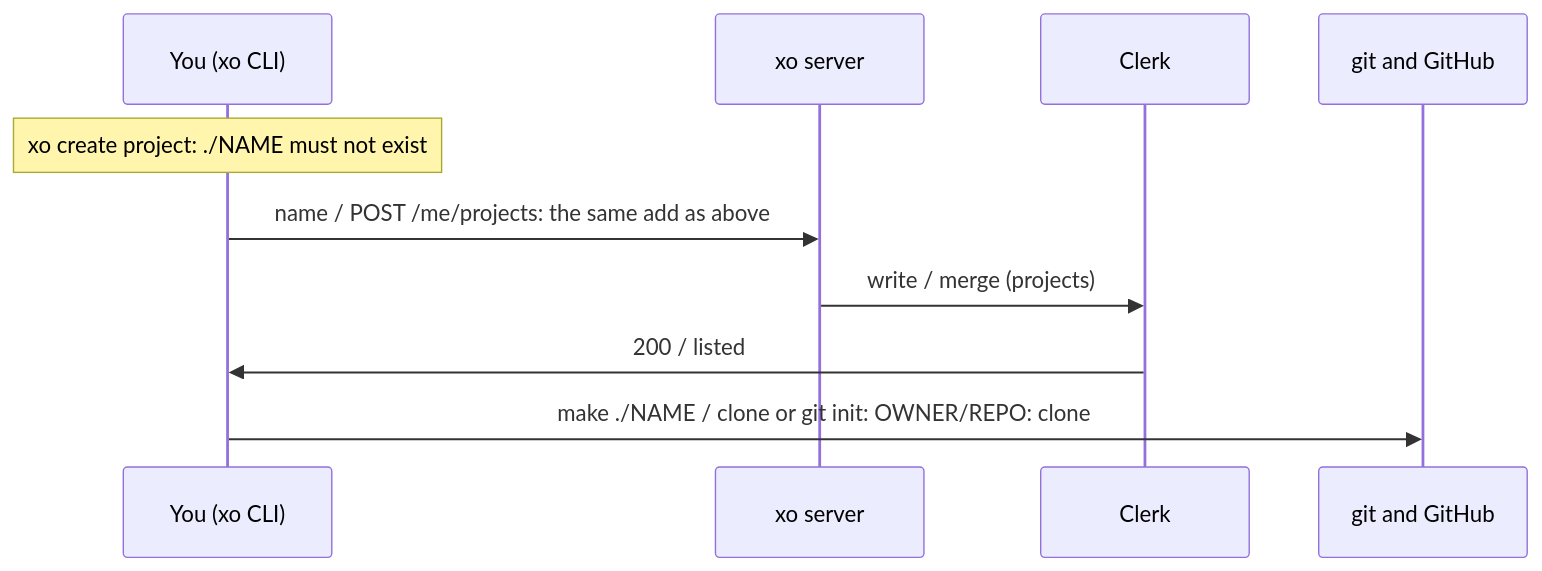
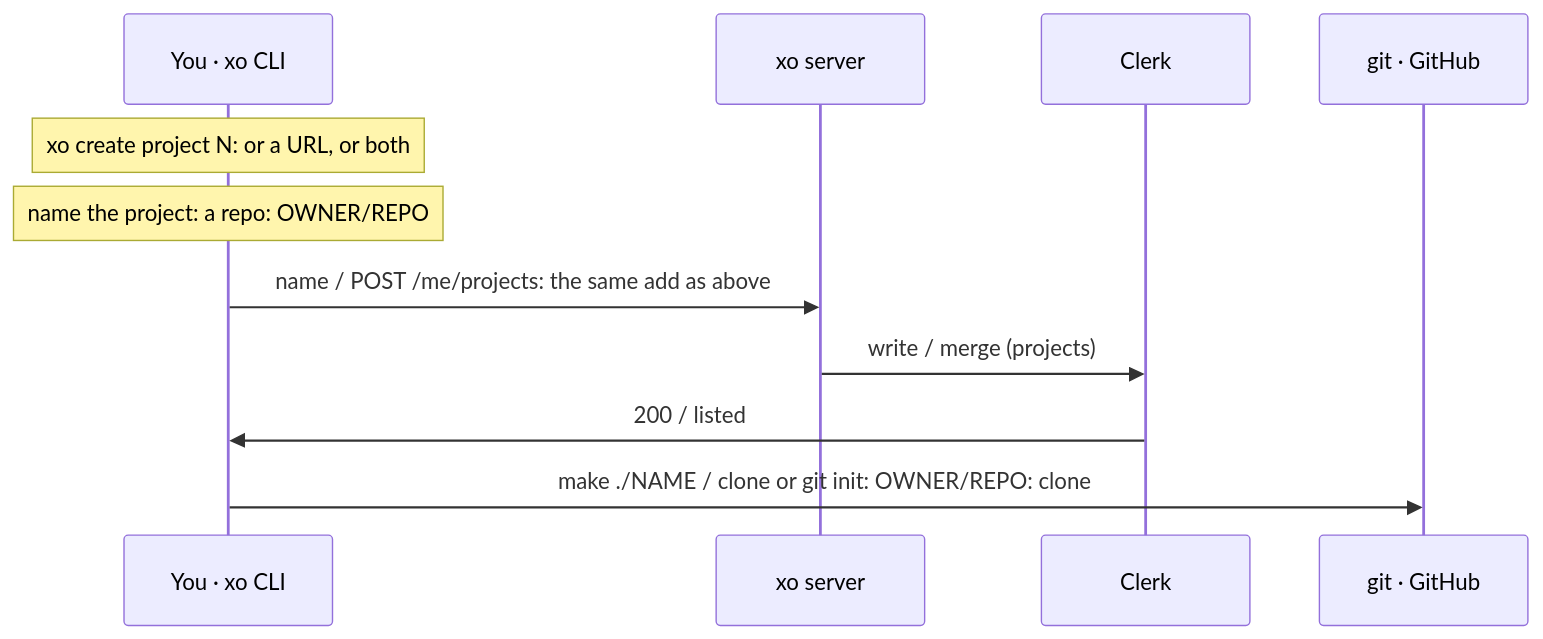
One commit to quirq-ai/xo changed diagram 12 of 30 in docs/architecture.md. Above: the diagram before and after it, drawn with Mermaid. The commit also changed other lines of this file and 13 other files, not shown here.

First line of the commit message:
xo create: one command for every space and project

````diff
--- a/docs/architecture.md
+++ b/docs/architecture.md
@@ -253,12 +267,13 @@
 ```mermaid
 sequenceDiagram
-  participant CLI as You (xo CLI)
-  participant Server as xo server
+  participant Cli as You · xo CLI
+  participant Srv as xo server
   participant Clerk as Clerk
-  participant Git as git and GitHub
-  Note over CLI: xo create project: ./NAME must not exist
-  CLI->>Server: name / POST /me/projects: the same add as above
-  Server->>Clerk: write / merge (projects)
-  Clerk->>CLI: 200 / listed
-  CLI->>Git: make ./NAME / clone or git init: OWNER/REPO: clone
+  participant Git as git · GitHub
+  Note over Cli: xo create project N: or a URL, or both
+  Note over Cli: name the project: a repo: OWNER/REPO
+  Cli->>Srv: name / POST /me/projects: the same add as above
+  Srv->>Clerk: write / merge (projects)
+  Clerk->>Cli: 200 / listed
+  Cli->>Git: make ./NAME / clone or git init: OWNER/REPO: clone
 ```
````
